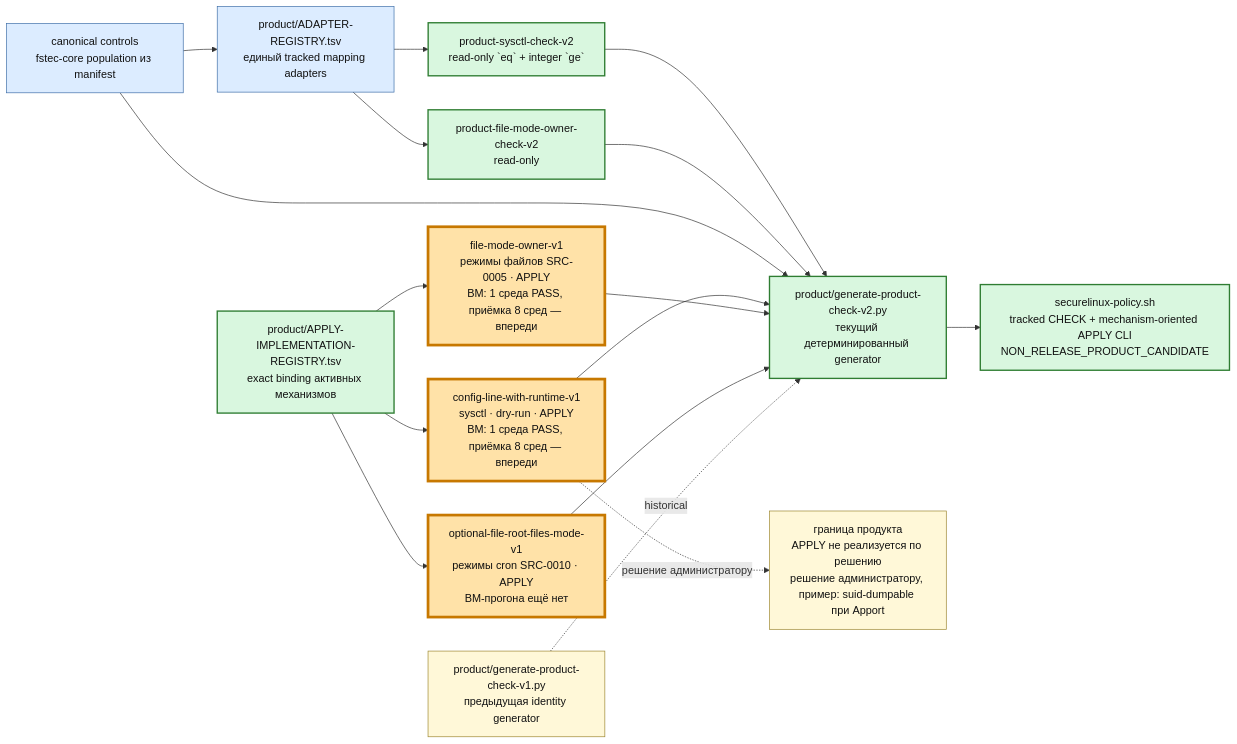
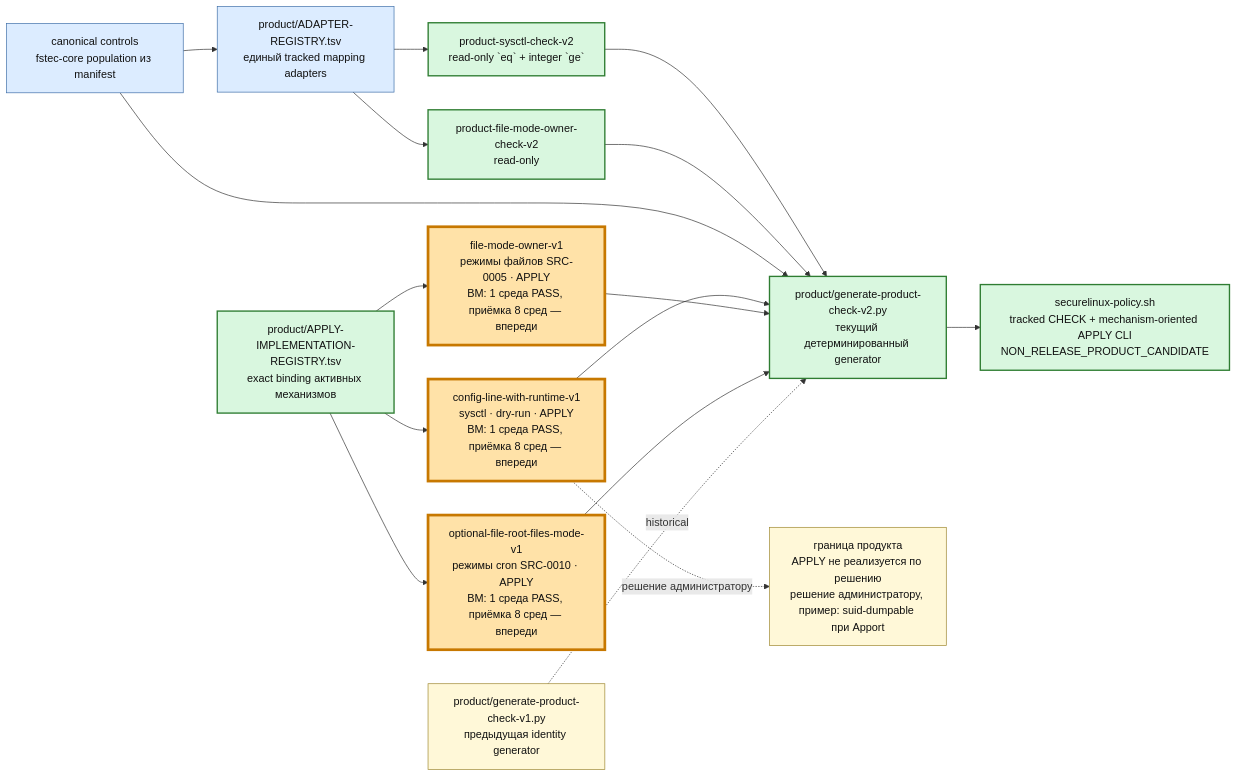
The third of 6 diagrams in docs/PROJECT-MAP.md (rasav65/SecureLinux-Policy), drawn with Mermaid before and after one commit. The commit also changed other lines of this file and 7 other files, not shown here.

First line of the commit message:
docs: ВМ-прогон механизма optional-file-root-files-mode-v1, changelog

````diff
--- a/docs/PROJECT-MAP.md
+++ b/docs/PROJECT-MAP.md
@@ -206,32 +206,32 @@
 ```mermaid
 flowchart LR
     CTRLNOW["canonical controls<br/>fstec-core population из manifest"]:::component
     REG["product/ADAPTER-REGISTRY.tsv<br/>единый tracked mapping adapters"]:::component
     SYS["product-sysctl-check-v2<br/>read-only `eq` + integer `ge`"]:::closed
     FILE["product-file-mode-owner-check-v2<br/>read-only"]:::closed
     GEN1["product/generate-product-check-v1.py<br/>предыдущая identity generator"]:::note
     GEN2["product/generate-product-check-v2.py<br/>текущий детерминированный generator"]:::closed
     IMPLREG["product/APPLY-IMPLEMENTATION-REGISTRY.tsv<br/>exact binding активных механизмов"]:::closed
     APPLY1["config-line-with-runtime-v1<br/>sysctl · dry-run · APPLY<br/>ВМ: 1 среда PASS, приёмка 8 сред — впереди"]:::current
     APPLY2["file-mode-owner-v1<br/>режимы файлов SRC-0005 · APPLY<br/>ВМ: 1 среда PASS, приёмка 8 сред — впереди"]:::current
-    APPLY3["optional-file-root-files-mode-v1<br/>режимы cron SRC-0010 · APPLY<br/>ВМ-прогона ещё нет"]:::current
+    APPLY3["optional-file-root-files-mode-v1<br/>режимы cron SRC-0010 · APPLY<br/>ВМ: 1 среда PASS, приёмка 8 сред — впереди"]:::current
     CLI["securelinux-policy.sh<br/>tracked CHECK + mechanism-oriented APPLY CLI<br/>NON_RELEASE_PRODUCT_CANDIDATE"]:::closed
     ADMIN["граница продукта<br/>APPLY не реализуется по решению<br/>решение администратору, пример: suid-dumpable при Apport"]:::note
 
     CTRLNOW --> REG
     REG --> SYS
     REG --> FILE
     SYS --> GEN2
     FILE --> GEN2
     CTRLNOW --> GEN2 --> CLI
     IMPLREG --> APPLY1 --> GEN2
     IMPLREG --> APPLY2 --> GEN2
     IMPLREG --> APPLY3 --> GEN2
     APPLY1 -. решение администратору .-> ADMIN
     GEN1 -. historical .-> GEN2
 
     classDef closed fill:#d9f7df,stroke:#2f7d32,color:#111,stroke-width:2px;
     classDef component fill:#dcecff,stroke:#3e6ea8,color:#111;
     classDef current fill:#ffe2a8,stroke:#c77800,color:#111,stroke-width:4px;
     classDef note fill:#fff8d8,stroke:#9d8730,color:#111;
 ```
````
